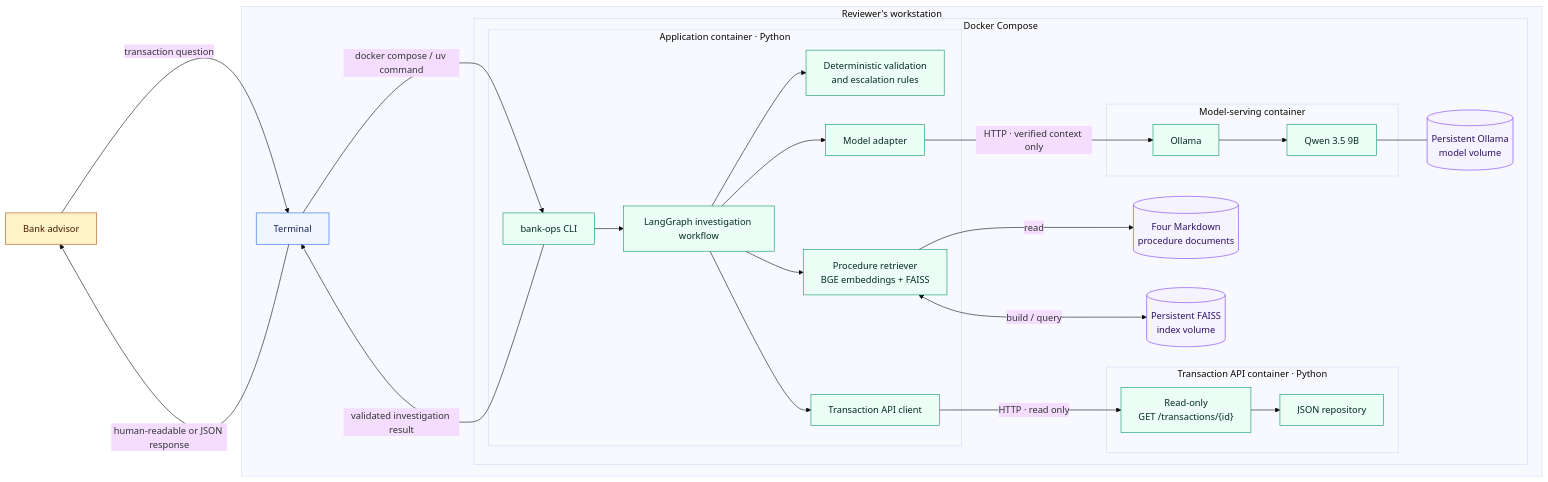
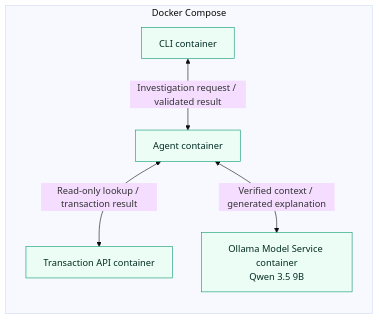
One commit to Tylikestocode/inference-group-technical-assessment changed the diagram in designs/deployment-architecture.md. Above: the diagram before and after it, drawn with Mermaid (base theme). The commit also changed other lines of this file, not shown here.

Commit message:
docs: simplify deployment architecture diagram

````diff
--- a/designs/deployment-architecture.md
+++ b/designs/deployment-architecture.md
@@ -5,63 +3,17 @@
 ```mermaid
 flowchart LR
-    advisor["Bank advisor"]
+    subgraph compose["Docker Compose"]
+        cli["CLI container"]
+        agent["Agent container"]
+        api["Transaction API container"]
+        ollama["Ollama Model Service container<br/>Qwen 3.5 9B"]
 
-    subgraph host["Reviewer's workstation"]
-        terminal["Terminal"]
-
-        subgraph compose["Docker Compose"]
-            subgraph app["Application container · Python"]
-                cli["bank-ops CLI"]
-                workflow["LangGraph investigation workflow"]
-                rules["Deterministic validation<br/>and escalation rules"]
-                retrieval["Procedure retriever<br/>BGE embeddings + FAISS"]
-                model_adapter["Model adapter"]
-                api_client["Transaction API client"]
-
-                cli --> workflow
-                workflow --> rules
-                workflow --> retrieval
-                workflow --> model_adapter
-                workflow --> api_client
-            end
-
-            subgraph transaction_service["Transaction API container · Python"]
-                api["Read-only<br/>GET /transactions/{id}"]
-                repository["JSON repository"]
-                api --> repository
-            end
-
-            subgraph model_service["Model-serving container"]
-                ollama["Ollama"]
-                qwen["Qwen 3.5 9B"]
-                ollama --> qwen
-            end
-
-            procedures[("Four Markdown<br/>procedure documents")]
-            faiss_volume[("Persistent FAISS<br/>index volume")]
-            model_volume[("Persistent Ollama<br/>model volume")]
-
-            api_client -->|"HTTP · read only"| api
-            retrieval -->|"read"| procedures
-            retrieval <-->|"build / query"| faiss_volume
-            model_adapter -->|"HTTP · verified context only"| ollama
-            qwen --- model_volume
-        end
-
-        terminal -->|"docker compose / uv command"| cli
+        cli <-->|"Investigation request / validated result"| agent
+        agent <-->|"Read-only lookup / transaction result"| api
+        agent <-->|"Verified context / generated explanation"| ollama
     end
 
-    advisor -->|"transaction question"| terminal
-    cli -->|"validated investigation result"| terminal
-    terminal -->|"human-readable or JSON response"| advisor
+    classDef container fill:#ecfdf5,stroke:#059669,color:#022c22
 
-    classDef person fill:#fef3c7,stroke:#b45309,color:#451a03
-    classDef boundary fill:#eff6ff,stroke:#2563eb,color:#172554
-    classDef service fill:#ecfdf5,stroke:#059669,color:#022c22
-    classDef store fill:#f5f3ff,stroke:#7c3aed,color:#2e1065
-
-    class advisor person
-    class terminal boundary
-    class cli,workflow,rules,retrieval,model_adapter,api_client,api,repository,ollama,qwen service
-    class procedures,faiss_volume,model_volume store
+    class cli,agent,api,ollama container
 ```
````
